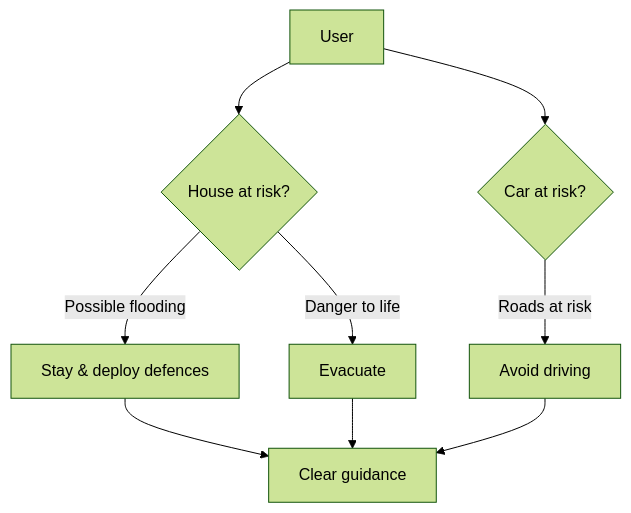
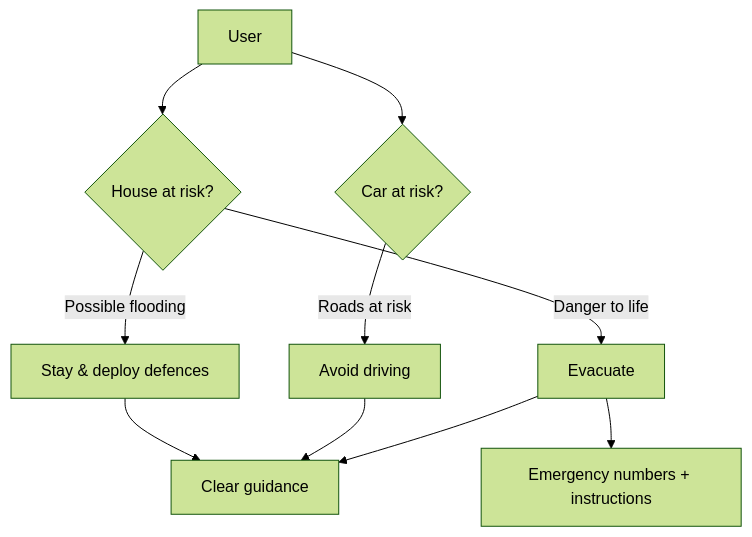
One commit to iammikek/floodwatch changed the second of 5 diagrams in docs/BRIEF.md. Above: the diagram before and after it, drawn with Mermaid (forest theme). The commit also changed other lines of this file and 16 other files, not shown here.

````diff
--- a/docs/BRIEF.md
+++ b/docs/BRIEF.md
@@ -31,13 +63,15 @@
 ```mermaid
 flowchart TD
     User[User] --> Q1{House at risk?}
     User --> Q2{Car at risk?}
 
     Q1 -->|Possible flooding| A1[Stay & deploy defences]
     Q1 -->|Danger to life| A3[Evacuate]
     Q2 -->|Roads at risk| A2[Avoid driving]
 
     A1 --> Out[Clear guidance]
     A2 --> Out
     A3 --> Out
+
+    A3 --> Emerg[Emergency numbers + instructions]
 ```
````
